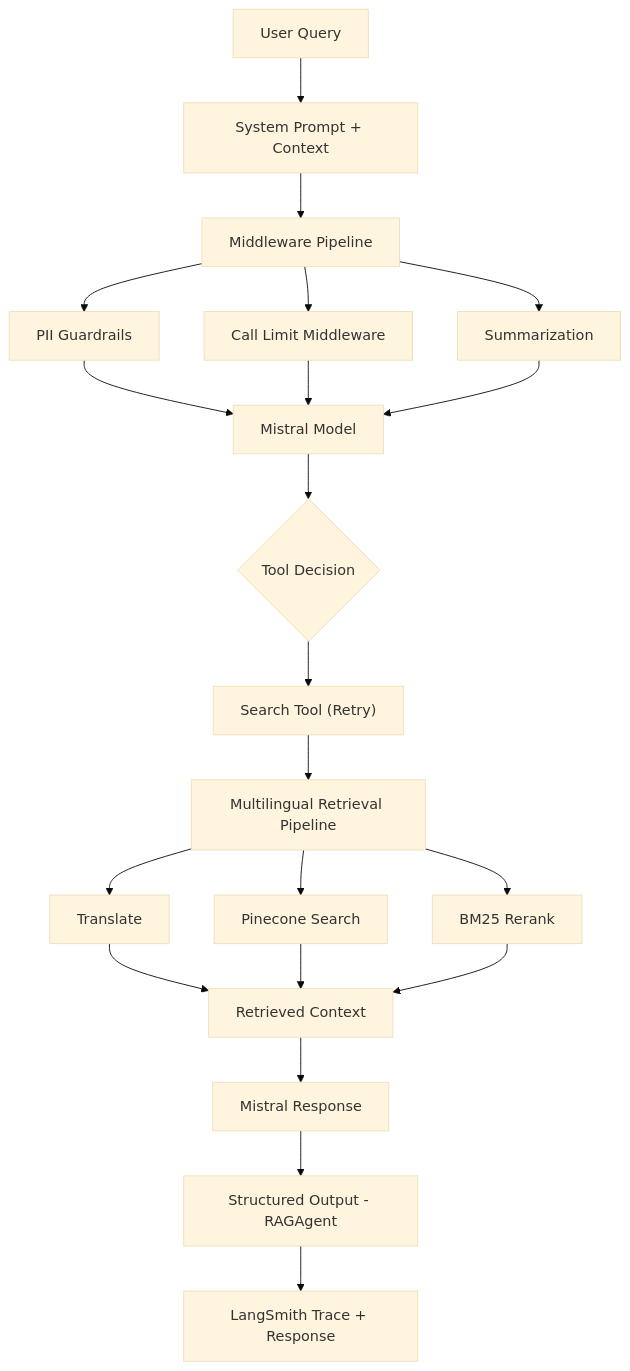
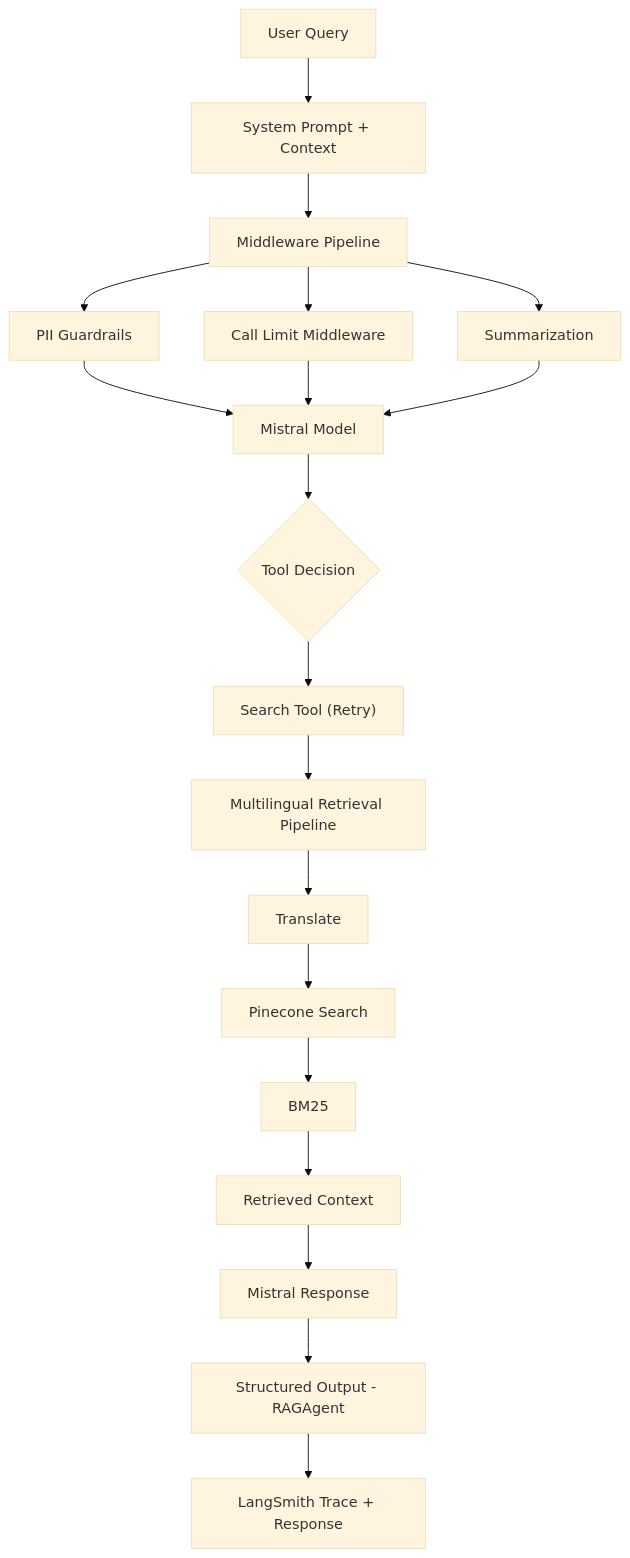
Before and after one commit to acrobyte007/Multilingual_Agentic_RAG: the diagram in .github/README.md, drawn with Mermaid (base theme).

````diff
--- a/.github/README.md
+++ b/.github/README.md
@@ -17,31 +17,28 @@
 ```mermaid
 flowchart TD
 
     A["User Query"] --> B["System Prompt + Context"]
     B --> C["Middleware Pipeline"]
 
     C --> D["PII Guardrails"]
     C --> E["Call Limit Middleware"]
     C --> F["Summarization"]
 
     D --> G["Mistral Model"]
     E --> G
     F --> G
 
     G --> H{"Tool Decision"}
 
     H --> I["Search Tool (Retry)"]
     I --> J["Multilingual Retrieval Pipeline"]
 
     J --> K["Translate"]
-    J --> L["Pinecone Search"]
-    J --> M["BM25 Rerank"]
-
-    K --> N["Retrieved Context"]
-    L --> N
-    M --> N
+    K --> L["Pinecone Search"]
+    L --> M["BM25"]
+    M --> N["Retrieved Context"]
 
     N --> O["Mistral Response"]
     O --> P["Structured Output - RAGAgent"]
     P --> Q["LangSmith Trace + Response"]
 ```
````
